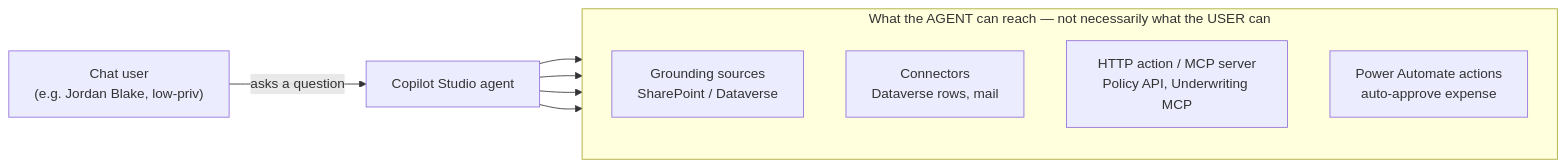
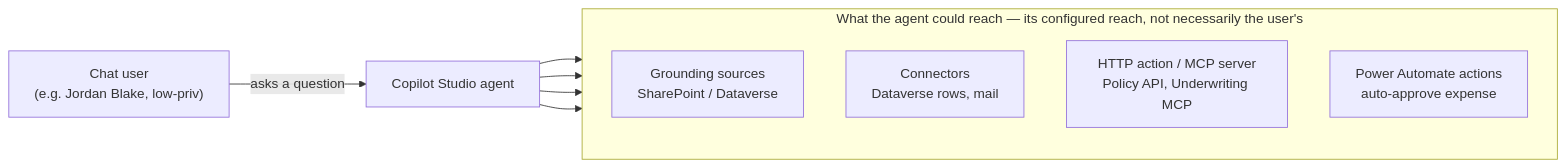
One commit to solliancenet/copilot-studio-shadow-agents-workshop changed the diagram in docs/04_break_the_agents/04_break_the_agents.md. Above: the diagram before and after it, drawn with Mermaid. The commit also changed other lines of this file and 7 other files, not shown here.

````diff
--- a/docs/04_break_the_agents/04_break_the_agents.md
+++ b/docs/04_break_the_agents/04_break_the_agents.md
@@ -43,15 +43,15 @@
 ```mermaid
 flowchart LR
   U["Chat user<br/>(e.g. Jordan Blake, low-priv)"] -->|asks a question| A["Copilot Studio agent"]
-  subgraph reach["What the AGENT can reach — not necessarily what the USER can"]
+  subgraph reach["What the agent could reach — its configured reach, not necessarily the user's"]
     direction TB
     G["Grounding sources<br/>SharePoint / Dataverse"]
     C["Connectors<br/>Dataverse rows, mail"]
     H["HTTP action / MCP server<br/>Policy API, Underwriting MCP"]
     P["Power Automate actions<br/>auto-approve expense"]
   end
   A --> G
   A --> C
   A --> H
   A --> P
 ```
````
